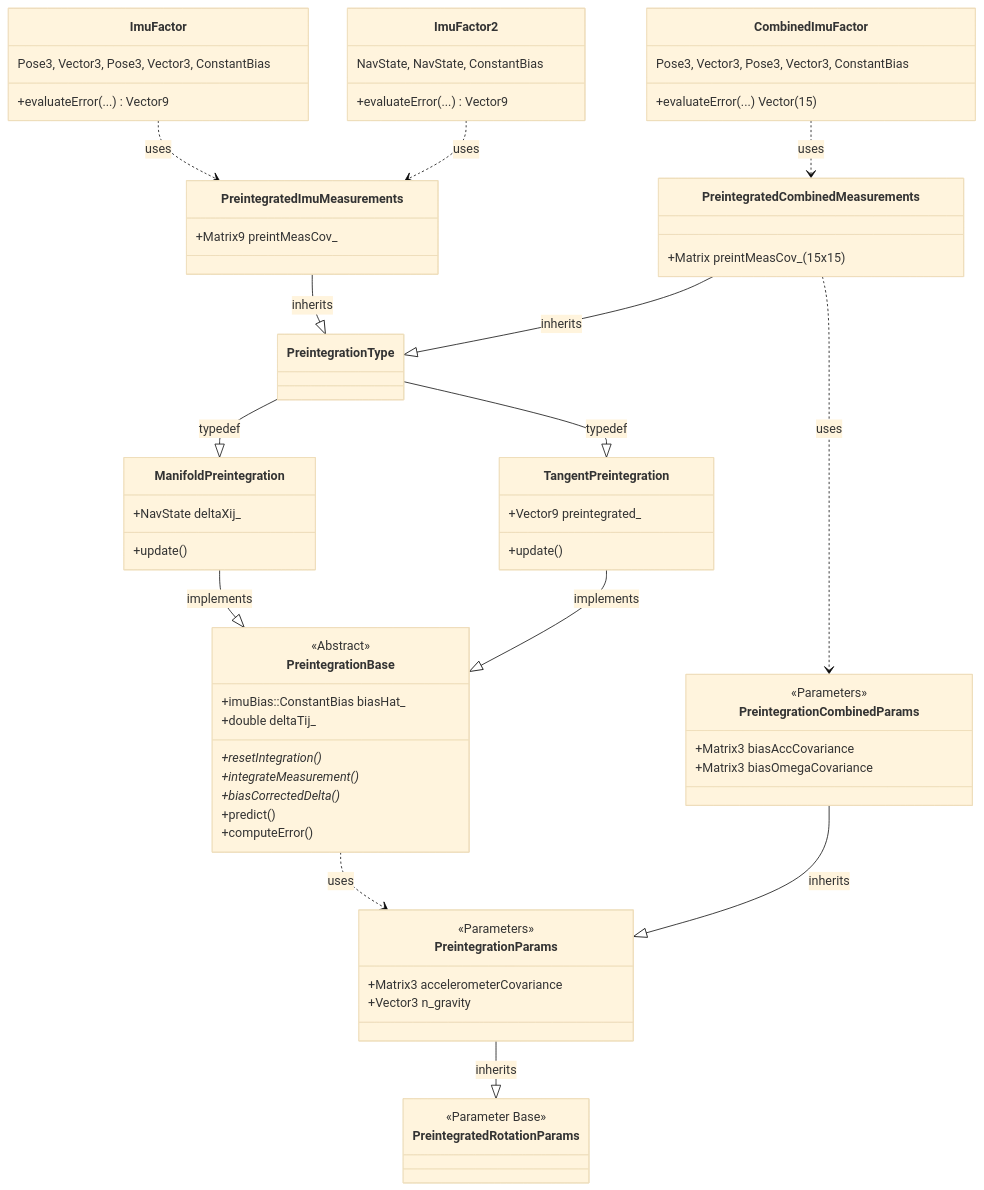
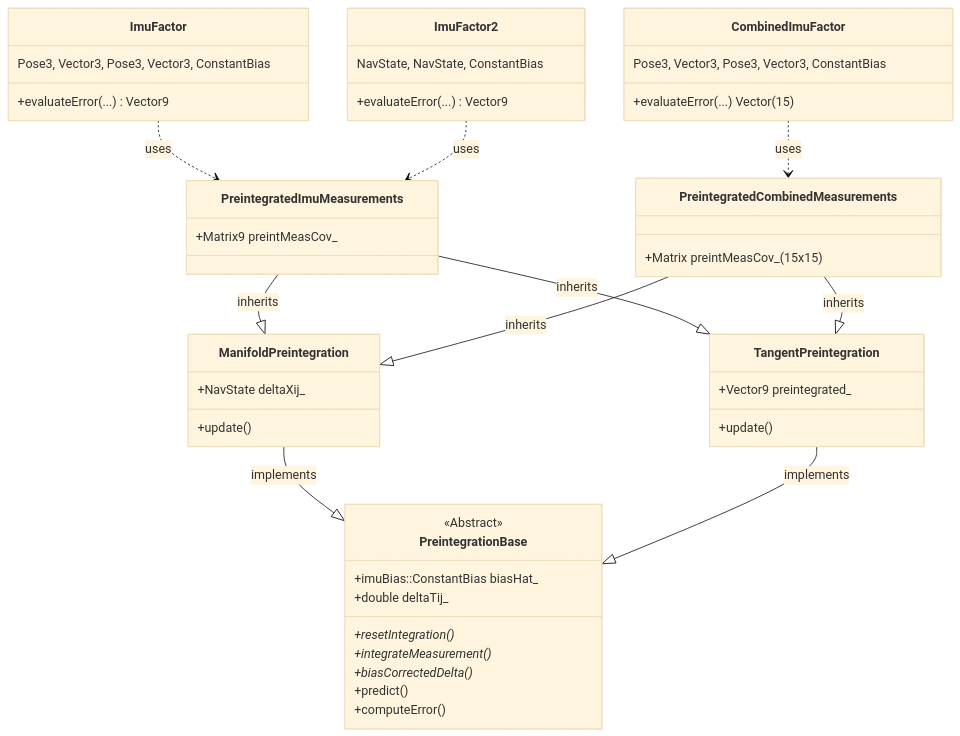
One commit to zhexin1904/gtsam_personal changed the second of 3 diagrams in gtsam/navigation/navigation.md. Above: the diagram before and after it, drawn with Mermaid (base theme).

Commit message:
Split off params diagram

````diff
--- a/gtsam/navigation/navigation.md
+++ b/gtsam/navigation/navigation.md
@@ -92,79 +92,57 @@
 ```mermaid
 classDiagram
     direction TD
-
-    class PreintegratedRotationParams {
-     <<Parameter Base>>
-    }
-    class PreintegrationParams {
-     <<Parameters>>
-     +Matrix3 accelerometerCovariance
-     +Vector3 n_gravity
-    }
-    PreintegrationParams --|> PreintegratedRotationParams : inherits
-
-    class PreintegrationCombinedParams {
-     <<Parameters>>
-     +Matrix3 biasAccCovariance
-     +Matrix3 biasOmegaCovariance
-    }
-    PreintegrationCombinedParams --|> PreintegrationParams : inherits
 
     class PreintegrationBase {
         <<Abstract>>
         +imuBias::ConstantBias biasHat_
         +double deltaTij_
         +resetIntegration()*
         +integrateMeasurement()*
         +biasCorrectedDelta()*
         +predict()
         +computeError()
     }
-    PreintegrationBase ..> PreintegrationParams : uses
 
     class ManifoldPreintegration {
         +NavState deltaXij_
         +update()
     }
     ManifoldPreintegration --|> PreintegrationBase : implements
 
     class TangentPreintegration {
         +Vector9 preintegrated_
         +update()
     }
     TangentPreintegration --|> PreintegrationBase : implements
 
     class PreintegratedImuMeasurements {
         +Matrix9 preintMeasCov_
     }
-    PreintegratedImuMeasurements --|> PreintegrationType : inherits
+    PreintegratedImuMeasurements --|> ManifoldPreintegration : inherits
+    PreintegratedImuMeasurements --|> TangentPreintegration : inherits
 
     class PreintegratedCombinedMeasurements {
        +Matrix preintMeasCov_ (15x15)
     }
-    PreintegratedCombinedMeasurements --|> PreintegrationType : inherits
-    PreintegratedCombinedMeasurements ..> PreintegrationCombinedParams : uses
-
-    class PreintegrationType{
-    }
-    PreintegrationType --|> ManifoldPreintegration : typedef
-    PreintegrationType --|> TangentPreintegration : typedef
+    PreintegratedCombinedMeasurements --|> ManifoldPreintegration : inherits
+    PreintegratedCombinedMeasurements --|> TangentPreintegration : inherits
 
     class ImuFactor {
         Pose3, Vector3, Pose3, Vector3, ConstantBias
         +evaluateError(...) Vector9
     }
     ImuFactor ..> PreintegratedImuMeasurements : uses
     class ImuFactor2 {
         NavState, NavState, ConstantBias
         +evaluateError(...) Vector9
     }
     ImuFactor2 ..> PreintegratedImuMeasurements : uses
 
 
     class CombinedImuFactor {
         Pose3, Vector3, Pose3, Vector3, ConstantBias
          +evaluateError(...) Vector (15)
     }
     CombinedImuFactor ..> PreintegratedCombinedMeasurements : uses
 ```
````
